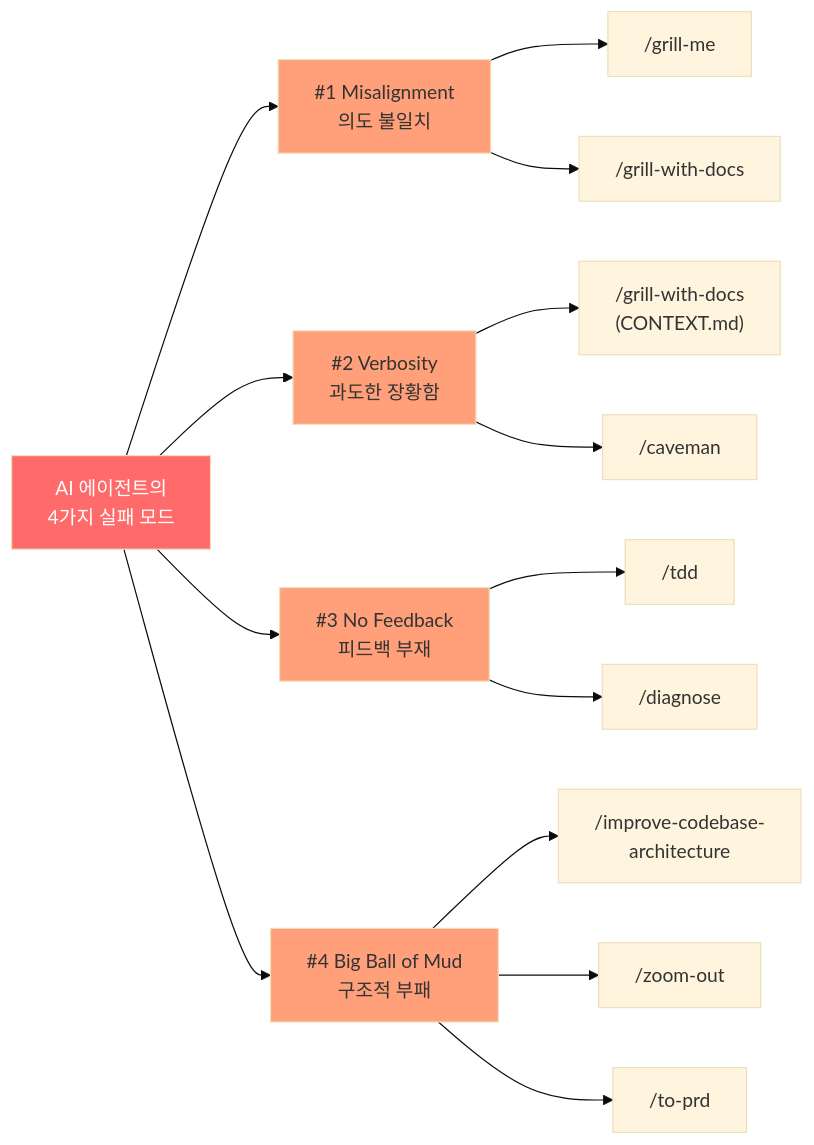
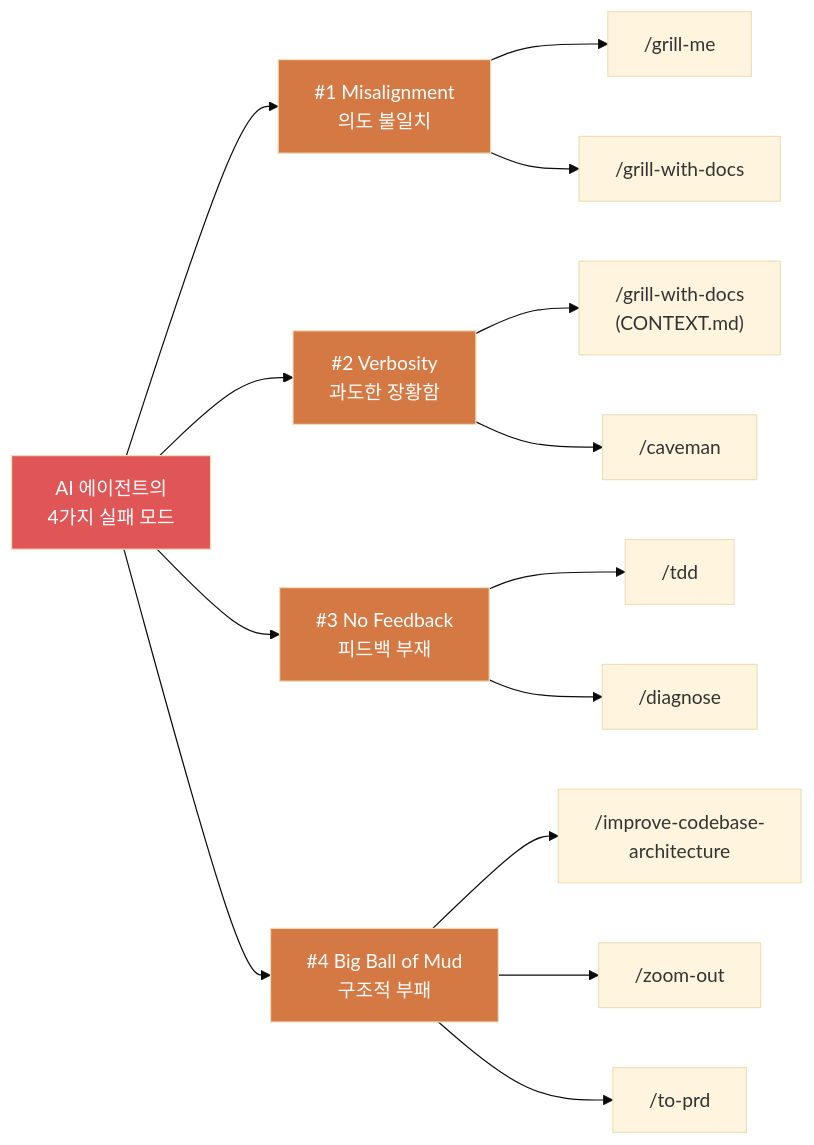
Before and after one commit to hannwi/hannwi.github.io: the first of 6 diagrams in _posts/2026-05-18-matt-pocock-skills-analysis-1.md, drawn with Mermaid (base theme). The commit also changed other lines of this file and 11 other files, not shown here.

Commit message:
feat: [NON-ISSUE] Add Mermaid support, Pretendard font, dark skin, and update post styles

````diff
--- a/_posts/2026-05-18-matt-pocock-skills-analysis-1.md
+++ b/_posts/2026-05-18-matt-pocock-skills-analysis-1.md
@@ -58,23 +58,23 @@
 ```mermaid
 graph LR
     A["AI 에이전트의<br/>4가지 실패 모드"] --> B["#1 Misalignment<br/>의도 불일치"]
     A --> C["#2 Verbosity<br/>과도한 장황함"]
     A --> D["#3 No Feedback<br/>피드백 부재"]
     A --> E["#4 Big Ball of Mud<br/>구조적 부패"]
 
     B --> B1["/grill-me"]
     B --> B2["/grill-with-docs"]
     C --> C1["/grill-with-docs<br/>(CONTEXT.md)"]
     C --> C2["/caveman"]
     D --> D1["/tdd"]
     D --> D2["/diagnose"]
     E --> E1["/improve-codebase-<br/>architecture"]
     E --> E2["/zoom-out"]
     E --> E3["/to-prd"]
 
-    style A fill:#ff6b6b,color:#fff
-    style B fill:#ffa07a
-    style C fill:#ffa07a
-    style D fill:#ffa07a
-    style E fill:#ffa07a
+    style A fill:#e05555,color:#fff
+    style B fill:#d47844,color:#fff
+    style C fill:#d47844,color:#fff
+    style D fill:#d47844,color:#fff
+    style E fill:#d47844,color:#fff
 ```
````
